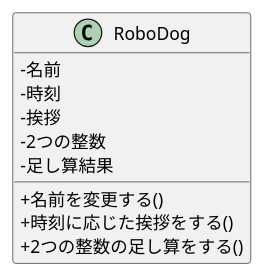
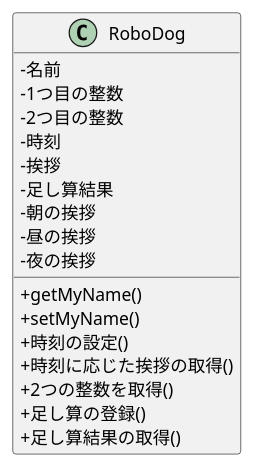
One commit to ko246/ohara_uml changed the diagram in 06_robo_dog/class.pu. Above: the diagram before and after it, drawn with PlantUML. The commit also changed 3 other files, not shown here.

```diff
--- a/06_robo_dog/class.pu
+++ b/06_robo_dog/class.pu
@@ -1,17 +1,23 @@
-@startuml class
+@startuml
 skinparam classAttributeIconSize 0
 class RoboDog {
-    '属性
-    -名前 
+    -名前
+    -1つ目の整数
+    -2つ目の整数
     -時刻
     -挨拶
-    -2つの整数
     -足し算結果
+    -朝の挨拶
+    -昼の挨拶
+    -夜の挨拶
 
-    '操作
-    +名前を変更する()
-    +時刻に応じた挨拶をする()
-    +2つの整数の足し算をする()
+    +getMyName()
+    +setMyName()
+    +時刻の設定()
+    +時刻に応じた挨拶の取得()
+    +2つの整数を取得()
+    +足し算の登録()
+    +足し算結果の取得()
+
 }
-
 @enduml
```
